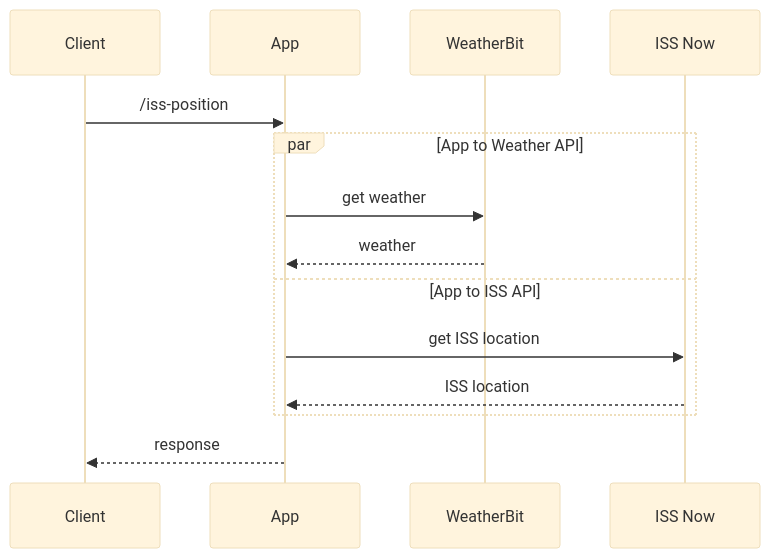
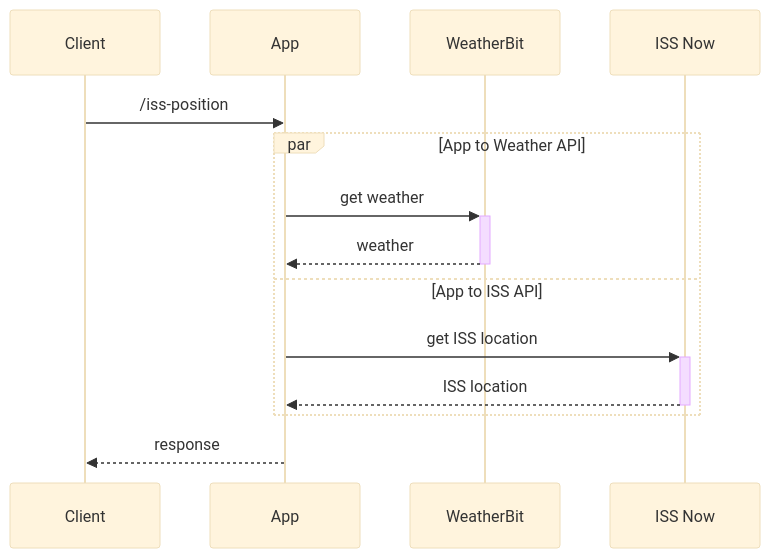
Before and after one commit to vidhill/the-starry-night: the diagram in README.md, drawn with Mermaid (base theme).

Commit message:
Add activation

````diff
--- a/README.md
+++ b/README.md
@@ -5,16 +5,16 @@
 ```mermaid
 sequenceDiagram
     participant C as Client
     participant A as App
     participant W as WeatherBit
     participant ISS as ISS Now
     C->>A: /iss-position
     par App to Weather API
-        A->>W: get weather
-        W-->>A: weather
+        A->>+W: get weather
+        W-->>-A: weather
     and App to ISS API
-        A->>ISS: get ISS location
-        ISS-->>A: ISS location
+        A->>+ISS: get ISS location
+        ISS-->>-A: ISS location
     end
     A-->>C: response
 ```
````
